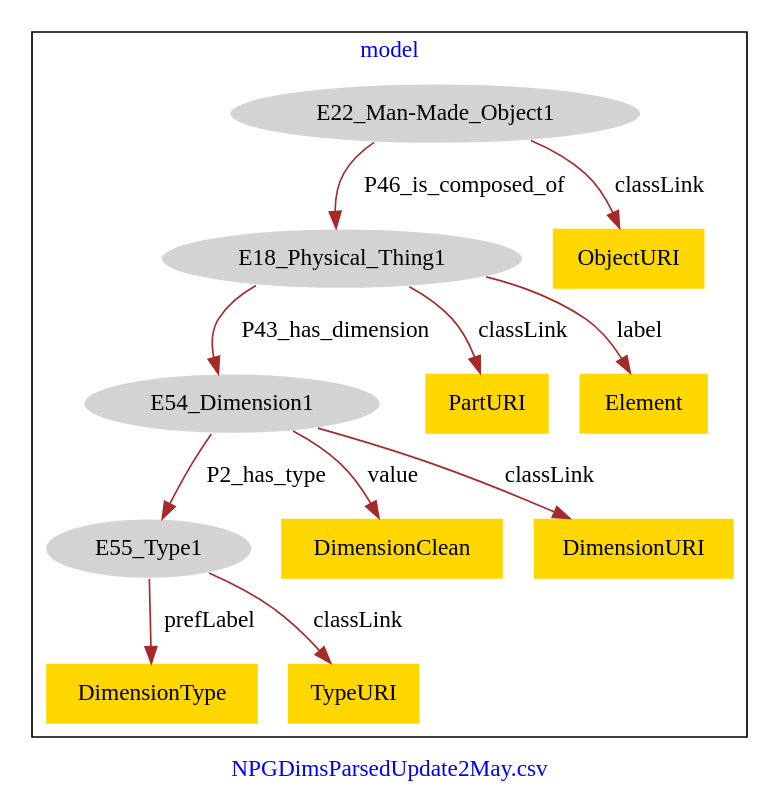
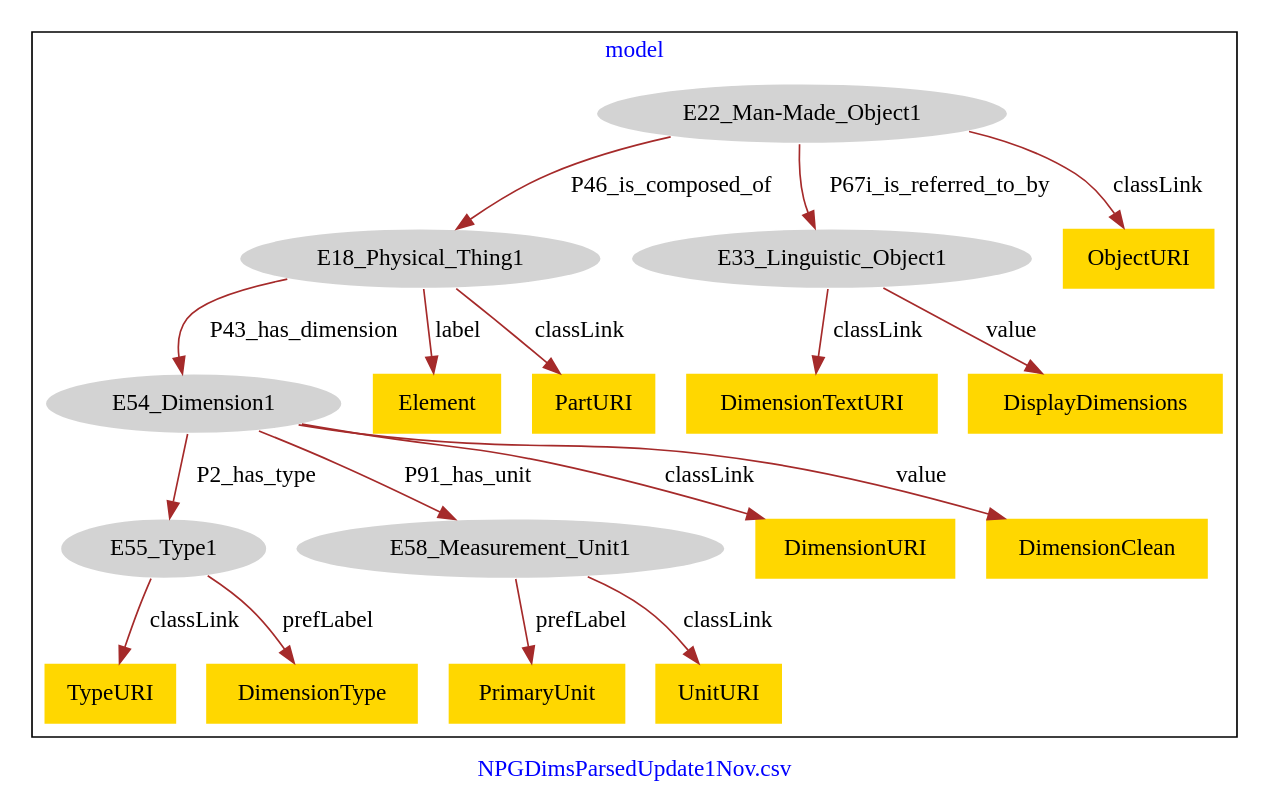
Before and after one commit to american-art/npg: the diagram in NPGDimsParsed/NPGDims-model.dot, drawn with Graphviz.

Commit message:
Update file NPGDims-model.dot

```diff
--- a/NPGDimsParsed/NPGDims-model.dot
+++ b/NPGDimsParsed/NPGDims-model.dot
@@ -1,29 +1,41 @@
 digraph n0 {
 fontcolor="blue"
 remincross="true"
-label="NPGDimsParsedUpdate2May.csv"
+label="NPGDimsParsedUpdate1Nov.csv"
 subgraph cluster {
 label="model"
 n2[style="filled",color="white",fillcolor="lightgray",label="E18_Physical_Thing1"];
 n3[style="filled",color="white",fillcolor="lightgray",label="E54_Dimension1"];
 n4[style="filled",color="white",fillcolor="lightgray",label="E22_Man-Made_Object1"];
-n5[style="filled",color="white",fillcolor="lightgray",label="E55_Type1"];
-n6[shape="plaintext",style="filled",fillcolor="gold",label="DimensionType"];
-n7[shape="plaintext",style="filled",fillcolor="gold",label="PartURI"];
-n8[shape="plaintext",style="filled",fillcolor="gold",label="DimensionClean"];
-n9[shape="plaintext",style="filled",fillcolor="gold",label="TypeURI"];
-n10[shape="plaintext",style="filled",fillcolor="gold",label="ObjectURI"];
-n11[shape="plaintext",style="filled",fillcolor="gold",label="Element"];
-n12[shape="plaintext",style="filled",fillcolor="gold",label="DimensionURI"];
+n5[style="filled",color="white",fillcolor="lightgray",label="E33_Linguistic_Object1"];
+n6[style="filled",color="white",fillcolor="lightgray",label="E55_Type1"];
+n7[style="filled",color="white",fillcolor="lightgray",label="E58_Measurement_Unit1"];
+n8[shape="plaintext",style="filled",fillcolor="gold",label="DimensionTextURI"];
+n9[shape="plaintext",style="filled",fillcolor="gold",label="DimensionURI"];
+n10[shape="plaintext",style="filled",fillcolor="gold",label="PrimaryUnit"];
+n11[shape="plaintext",style="filled",fillcolor="gold",label="DimensionClean"];
+n12[shape="plaintext",style="filled",fillcolor="gold",label="UnitURI"];
+n13[shape="plaintext",style="filled",fillcolor="gold",label="Element"];
+n14[shape="plaintext",style="filled",fillcolor="gold",label="TypeURI"];
+n15[shape="plaintext",style="filled",fillcolor="gold",label="DisplayDimensions"];
+n16[shape="plaintext",style="filled",fillcolor="gold",label="ObjectURI"];
+n17[shape="plaintext",style="filled",fillcolor="gold",label="DimensionType"];
+n18[shape="plaintext",style="filled",fillcolor="gold",label="PartURI"];
 }
 n2 -> n3[color="brown",fontcolor="black",label="P43_has_dimension"]
 n4 -> n2[color="brown",fontcolor="black",label="P46_is_composed_of"]
-n3 -> n5[color="brown",fontcolor="black",label="P2_has_type"]
-n5 -> n6[color="brown",fontcolor="black",label="prefLabel"]
-n2 -> n7[color="brown",fontcolor="black",label="classLink"]
-n3 -> n8[color="brown",fontcolor="black",label="value"]
-n5 -> n9[color="brown",fontcolor="black",label="classLink"]
-n4 -> n10[color="brown",fontcolor="black",label="classLink"]
-n2 -> n11[color="brown",fontcolor="black",label="label"]
-n3 -> n12[color="brown",fontcolor="black",label="classLink"]
+n4 -> n5[color="brown",fontcolor="black",label="P67i_is_referred_to_by"]
+n3 -> n6[color="brown",fontcolor="black",label="P2_has_type"]
+n3 -> n7[color="brown",fontcolor="black",label="P91_has_unit"]
+n5 -> n8[color="brown",fontcolor="black",label="classLink"]
+n3 -> n9[color="brown",fontcolor="black",label="classLink"]
+n7 -> n10[color="brown",fontcolor="black",label="prefLabel"]
+n3 -> n11[color="brown",fontcolor="black",label="value"]
+n7 -> n12[color="brown",fontcolor="black",label="classLink"]
+n2 -> n13[color="brown",fontcolor="black",label="label"]
+n6 -> n14[color="brown",fontcolor="black",label="classLink"]
+n5 -> n15[color="brown",fontcolor="black",label="value"]
+n4 -> n16[color="brown",fontcolor="black",label="classLink"]
+n6 -> n17[color="brown",fontcolor="black",label="prefLabel"]
+n2 -> n18[color="brown",fontcolor="black",label="classLink"]
 }
```
